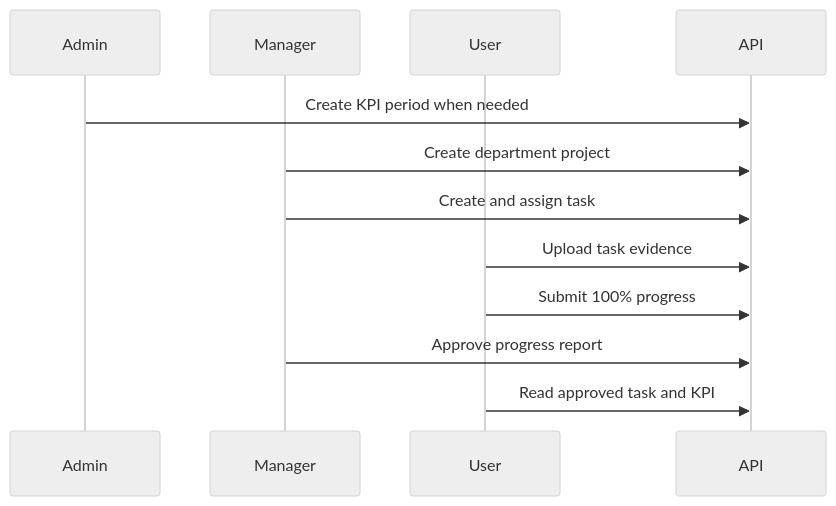
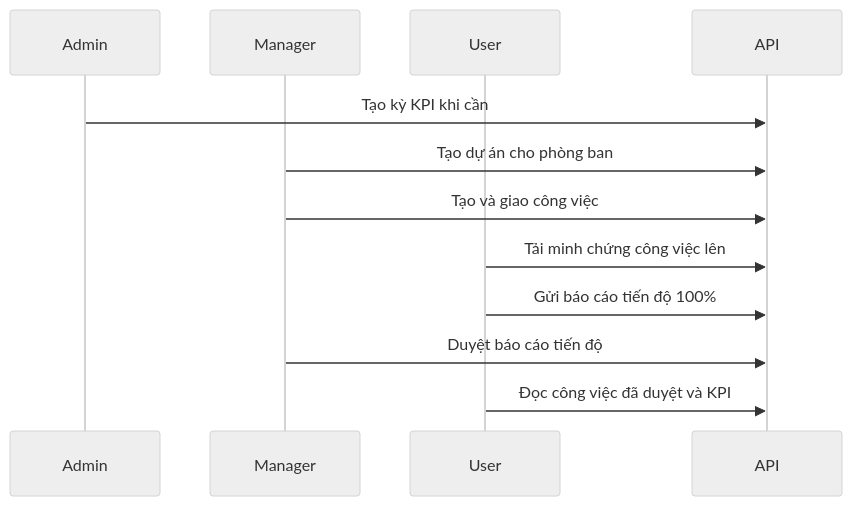
Before and after one commit to Giapnocap/work-management-system-backend: the diagram in docs/api-workflow.md, drawn with Mermaid (neutral theme). The commit also changed other lines of this file and 7 other files, not shown here.

````diff
--- a/docs/api-workflow.md
+++ b/docs/api-workflow.md
@@ -7,15 +7,15 @@
 ```mermaid
 sequenceDiagram
     participant Admin
     participant Manager
     participant User
     participant API
 
-    Admin->>API: Create KPI period when needed
-    Manager->>API: Create department project
-    Manager->>API: Create and assign task
-    User->>API: Upload task evidence
-    User->>API: Submit 100% progress
-    Manager->>API: Approve progress report
-    User->>API: Read approved task and KPI
+    Admin->>API: Tạo kỳ KPI khi cần
+    Manager->>API: Tạo dự án cho phòng ban
+    Manager->>API: Tạo và giao công việc
+    User->>API: Tải minh chứng công việc lên
+    User->>API: Gửi báo cáo tiến độ 100%
+    Manager->>API: Duyệt báo cáo tiến độ
+    User->>API: Đọc công việc đã duyệt và KPI
 ```
````
